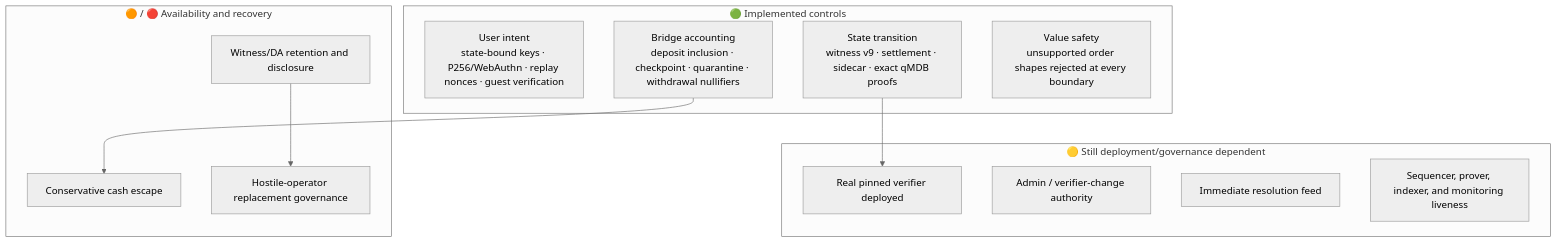
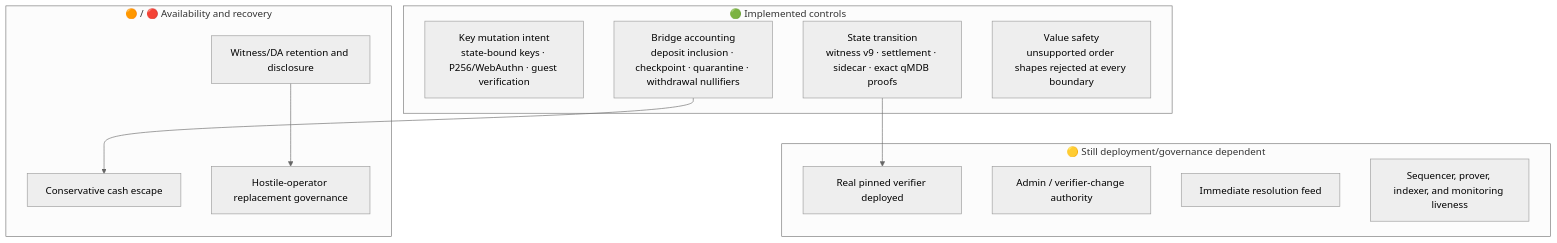
Before and after one commit to MetaB0y/sybil: the diagram in docs/architecture/04-verification/Threat Model.md, drawn with Mermaid (neutral theme). The commit also changed other lines of this file and 103 other files, not shown here.

````diff
--- a/docs/architecture/04-verification/Threat Model.md
+++ b/docs/architecture/04-verification/Threat Model.md
@@ -17,23 +17,23 @@
 ```mermaid
 flowchart TB
     subgraph crypto["🟢 Implemented controls"]
-        INTENT["User intent<br/>state-bound keys · P256/WebAuthn · replay nonces · guest verification"]
+        INTENT["Key mutation intent<br/>state-bound keys · P256/WebAuthn · guest verification"]
         TRANS["State transition<br/>witness v9 · settlement · sidecar · exact qMDB proofs"]
         BRIDGE["Bridge accounting<br/>deposit inclusion · checkpoint · quarantine · withdrawal nullifiers"]
         SHAPES["Value safety<br/>unsupported order shapes rejected at every boundary"]
     end
     subgraph trusted["🟡 Still deployment/governance dependent"]
         ADAPTER["Real pinned verifier deployed"]
         ADMIN["Admin / verifier-change authority"]
         ORACLE["Immediate resolution feed"]
         LIVE["Sequencer, prover, indexer, and monitoring liveness"]
     end
     subgraph recovery["🟠 / 🔴 Availability and recovery"]
         DA["Witness/DA retention and disclosure"]
         ESC["Conservative cash escape"]
         REPLACE["Hostile-operator replacement governance"]
     end
     TRANS --> ADAPTER
     DA --> REPLACE
     BRIDGE --> ESC
 ```
````
